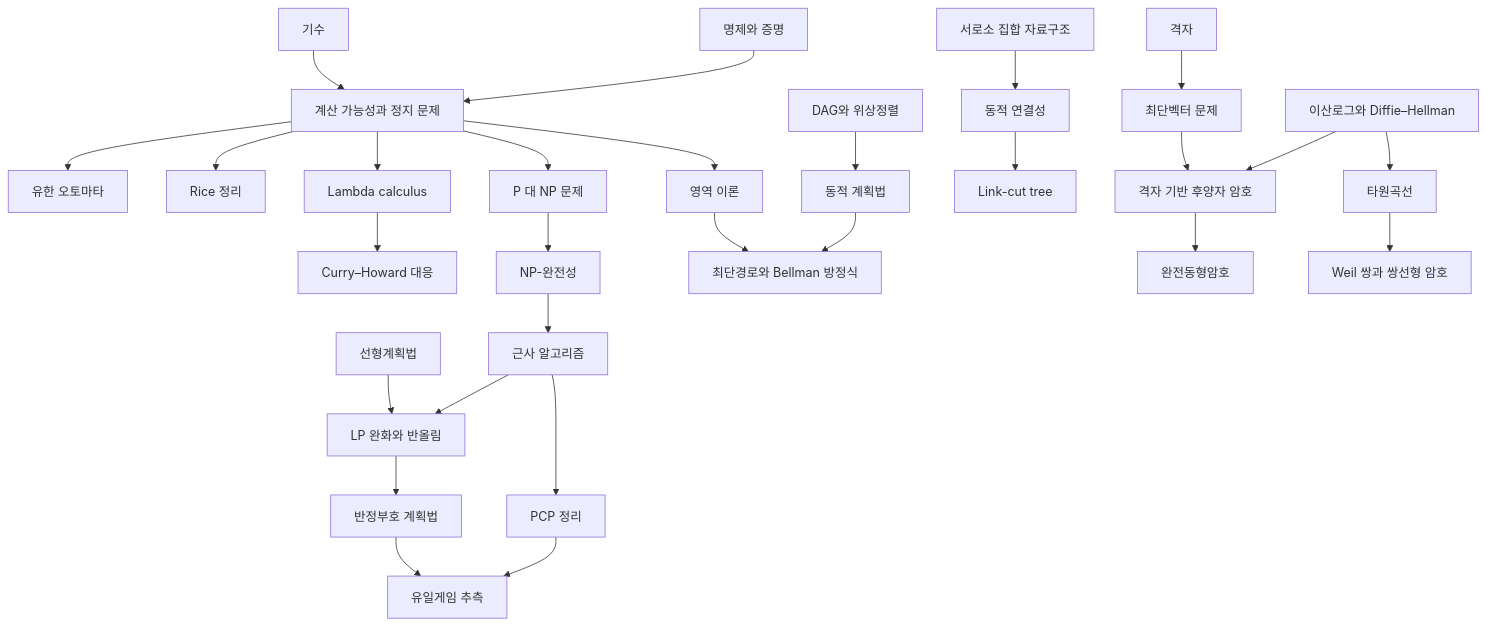
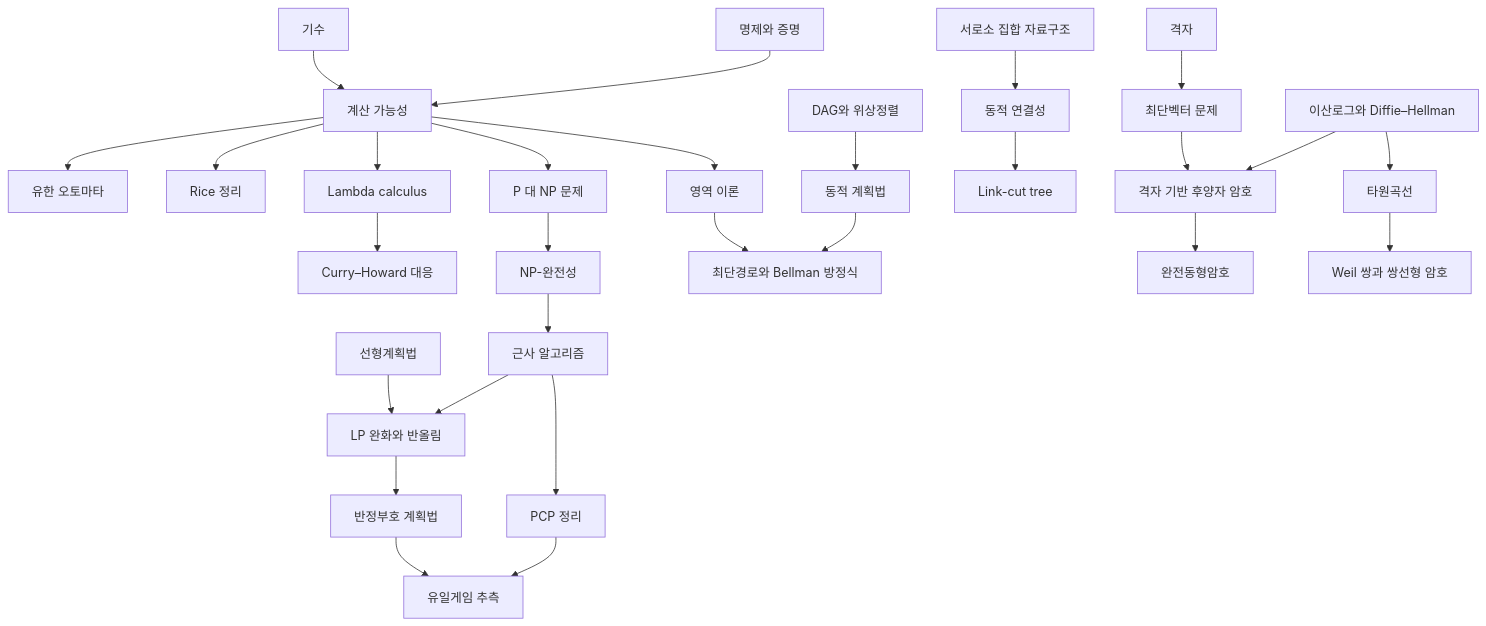
Before and after one commit to Phryxia/math-map: the diagram in docs/computation-overview.md, drawn with Mermaid. The commit also changed other lines of this file and 45 other files, not shown here.

````diff
--- a/docs/computation-overview.md
+++ b/docs/computation-overview.md
@@ -13,30 +13,30 @@
 ```mermaid
 graph TD
-  PF["명제와 증명"] --> CB["계산 가능성과 정지 문제"]
+  PF["명제와 증명"] --> CB["계산 가능성"]
   CA["기수"] --> CB
   CB --> FA["유한 오토마타"]
   CB --> RT["Rice 정리"]
   CB --> LC["Lambda calculus"]
   CB --> DT["영역 이론"]
   LC --> CH["Curry–Howard 대응"]
   CB --> PN["P 대 NP 문제"]
   PN --> NPC["NP-완전성"]
   NPC --> AA["근사 알고리즘"]
   AA --> LPR["LP 완화와 반올림"]
   AA --> PCP["PCP 정리"]
   PCP --> UG["유일게임 추측"]
   LP["선형계획법"] --> LPR
   LPR --> SDP["반정부호 계획법"]
   SDP --> UG
   DAG["DAG와 위상정렬"] --> DP["동적 계획법"]
   DP --> SP["최단경로와 Bellman 방정식"]
   DT --> SP
   UF["서로소 집합 자료구조"] --> DC["동적 연결성"]
   DC --> LCT["Link-cut tree"]
   DL["이산로그와 Diffie–Hellman"] --> PQ["격자 기반 후양자 암호"]
   LA["격자"] --> SVP["최단벡터 문제"]
   SVP --> PQ
   PQ --> HE["완전동형암호"]
   DL --> EC["타원곡선"]
   EC --> PBC["Weil 쌍과 쌍선형 암호"]
 ```
````
